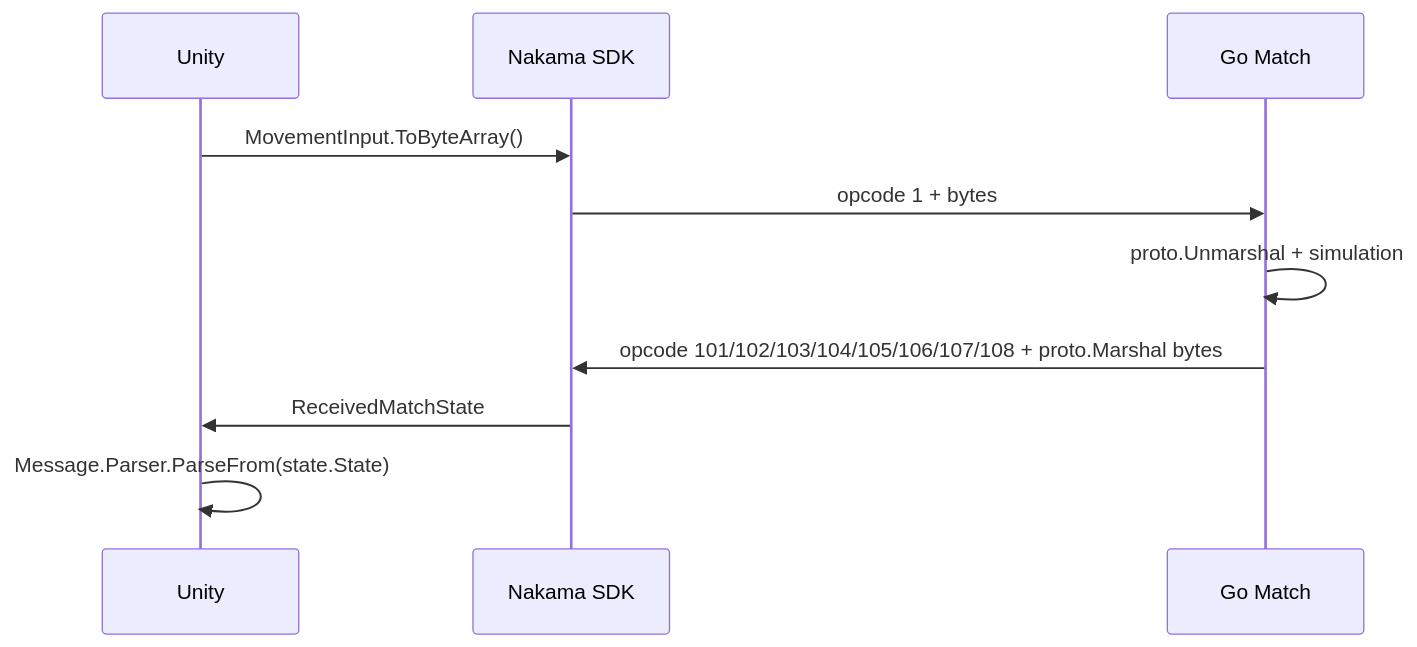
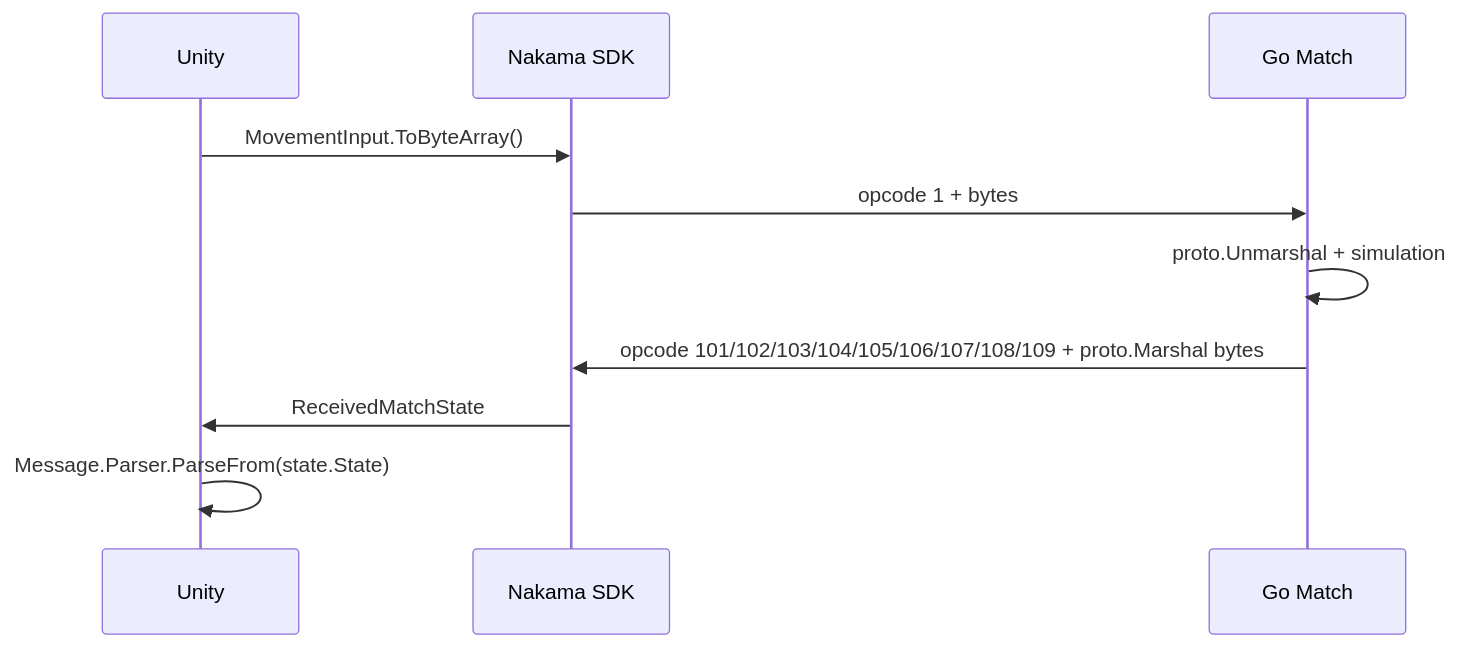
The diagram in docs/realtime-protocol.md (Zeal-Games-Studio-Development/squad-survival-server), drawn with Mermaid before and after one commit. The commit also changed other lines of this file and 22 other files, not shown here.

````diff
--- a/docs/realtime-protocol.md
+++ b/docs/realtime-protocol.md
@@ -35,12 +38,12 @@
 ```mermaid
 sequenceDiagram
     participant Unity
     participant NakamaSDK as Nakama SDK
     participant Match as Go Match
     Unity->>NakamaSDK: MovementInput.ToByteArray()
     NakamaSDK->>Match: opcode 1 + bytes
     Match->>Match: proto.Unmarshal + simulation
-    Match->>NakamaSDK: opcode 101/102/103/104/105/106/107/108 + proto.Marshal bytes
+    Match->>NakamaSDK: opcode 101/102/103/104/105/106/107/108/109 + proto.Marshal bytes
     NakamaSDK->>Unity: ReceivedMatchState
     Unity->>Unity: Message.Parser.ParseFrom(state.State)
 ```
````
